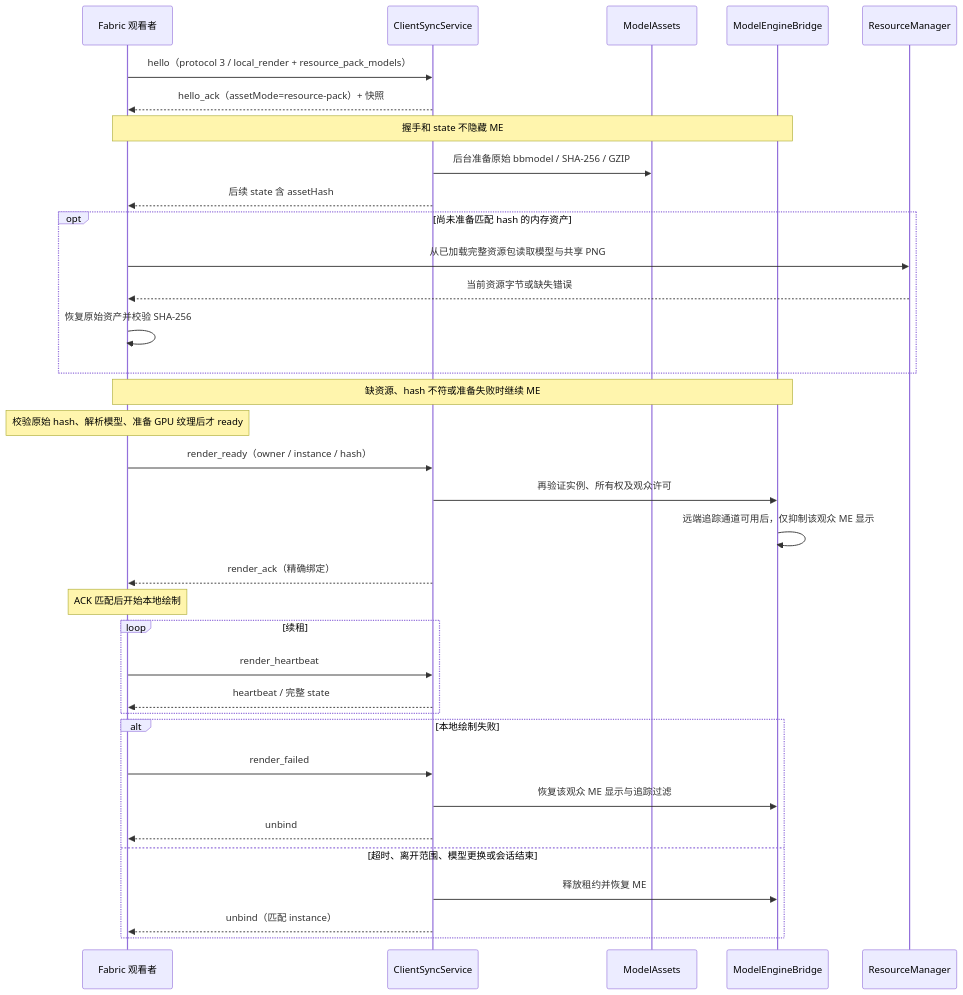
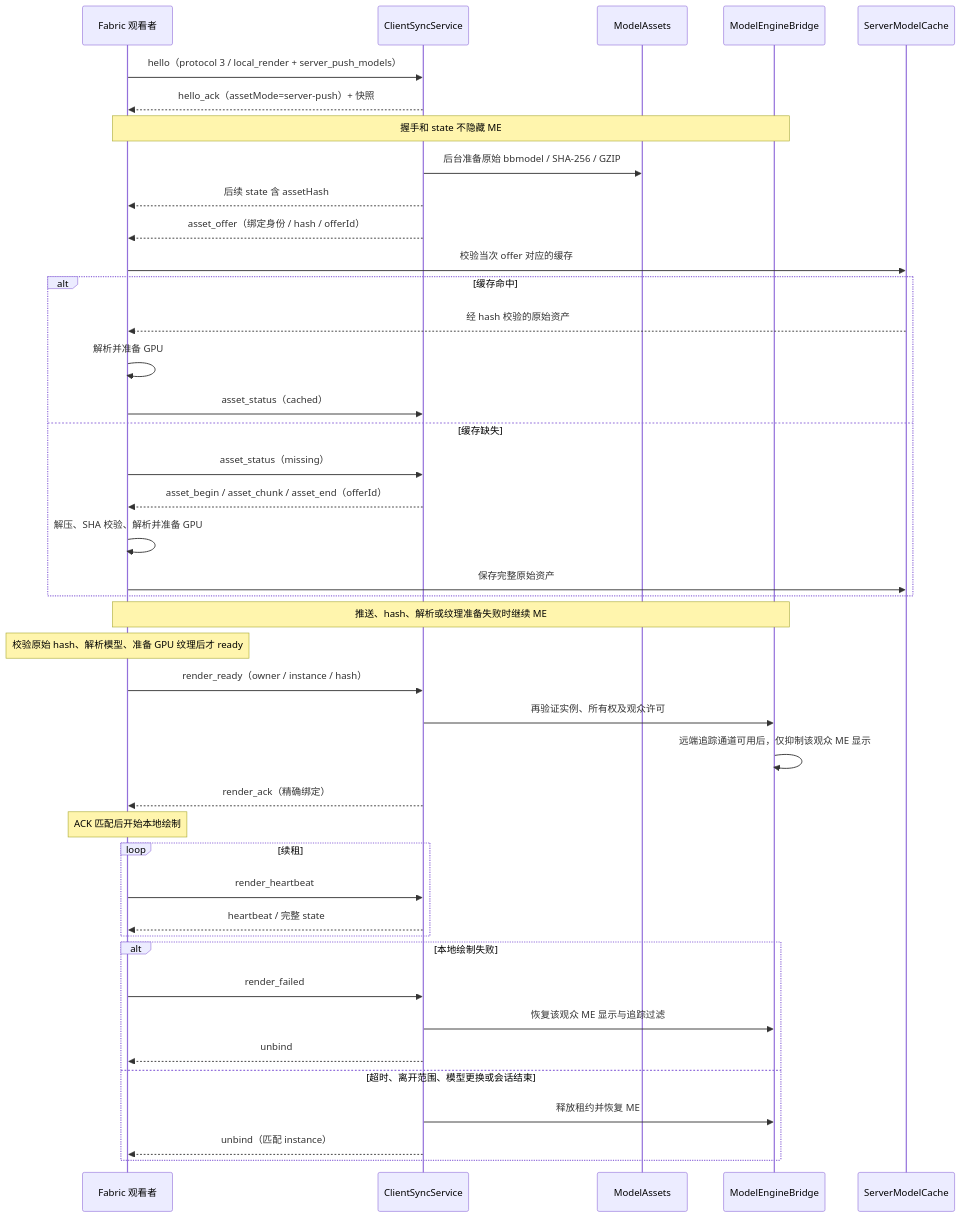
Before and after one commit to uwuhhhj/MEPlayerActions: the second of 2 diagrams in ARCHITECTURE.md, drawn with Mermaid. The commit also changed other lines of this file and 118 other files, not shown here.

First line of the commit message:
Deliver authorized model push and vanilla YSM client features

````diff
--- a/ARCHITECTURE.md
+++ b/ARCHITECTURE.md
@@ -184,37 +195,44 @@
 ```mermaid
 sequenceDiagram
     participant C as Fabric 观看者
     participant S as ClientSyncService
     participant A as ModelAssets
     participant M as ModelEngineBridge
-    participant R as ResourceManager
-    C->>S: hello（protocol 3 / local_render + resource_pack_models）
-    S-->>C: hello_ack（assetMode=resource-pack）+ 快照
+    participant R as ServerModelCache
+    C->>S: hello（protocol 3 / local_render + server_push_models）
+    S-->>C: hello_ack（assetMode=server-push）+ 快照
     Note over C,M: 握手和 state 不隐藏 ME
     S->>A: 后台准备原始 bbmodel / SHA-256 / GZIP
     S-->>C: 后续 state 含 assetHash
-    opt 尚未准备匹配 hash 的内存资产
-        C->>R: 从已加载完整资源包读取模型与共享 PNG
-        R-->>C: 当前资源字节或缺失错误
-        C->>C: 恢复原始资产并校验 SHA-256
+    S-->>C: asset_offer（绑定身份 / hash / offerId）
+    C->>R: 校验当次 offer 对应的缓存
+    alt 缓存命中
+        R-->>C: 经 hash 校验的原始资产
+        C->>C: 解析并准备 GPU
+        C->>S: asset_status（cached）
+    else 缓存缺失
+        C->>S: asset_status（missing）
+        S-->>C: asset_begin / asset_chunk / asset_end（offerId）
+        C->>C: 解压、SHA 校验、解析并准备 GPU
+        C->>R: 保存完整原始资产
     end
-    Note over C,M: 缺资源、hash 不符或准备失败时继续 ME
+    Note over C,M: 推送、hash、解析或纹理准备失败时继续 ME
     Note over C: 校验原始 hash、解析模型、准备 GPU 纹理后才 ready
     C->>S: render_ready（owner / instance / hash）
     S->>M: 再验证实例、所有权及观众许可
     M->>M: 远端追踪通道可用后，仅抑制该观众 ME 显示
     S-->>C: render_ack（精确绑定）
     Note over C: ACK 匹配后开始本地绘制
     loop 续租
         C->>S: render_heartbeat
         S-->>C: heartbeat / 完整 state
     end
     alt 本地绘制失败
         C->>S: render_failed
         S->>M: 恢复该观众 ME 显示与追踪过滤
         S-->>C: unbind
     else 超时、离开范围、模型更换或会话结束
         S->>M: 释放租约并恢复 ME
         S-->>C: unbind（匹配 instance）
     end
 ```
````
